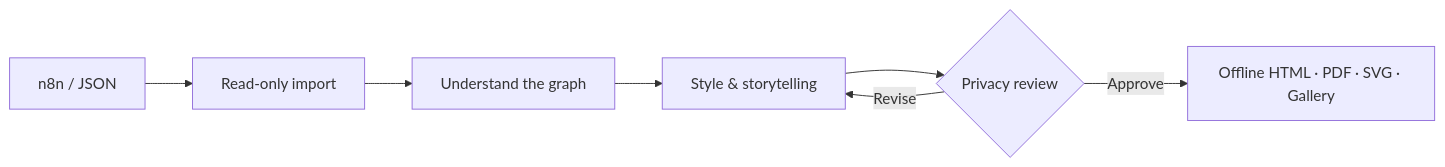
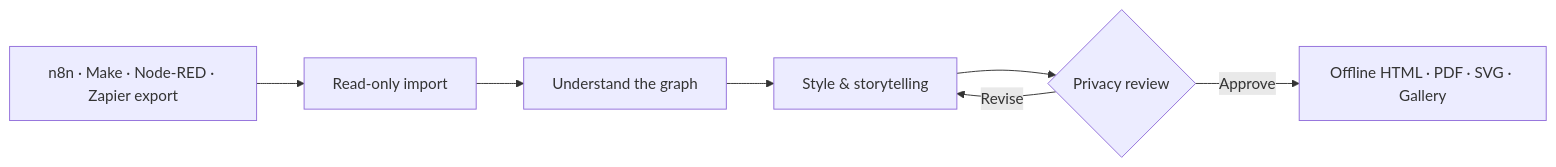
The diagram in docs/README.en.md (rootkid-code/showcase-studio-releases), drawn with Mermaid before and after one commit. The commit also changed other lines of this file and 1 other file, not shown here.

````diff
--- a/docs/README.en.md
+++ b/docs/README.en.md
@@ -35,9 +35,9 @@
 ```mermaid
 flowchart LR
-    A["n8n / JSON"] --> B["Read-only import"]
+    A["n8n · Make · Node-RED · Zapier export"] --> B["Read-only import"]
     B --> C["Understand the graph"]
     C --> D["Style & storytelling"]
     D --> E{"Privacy review"}
     E -->|"Revise"| D
     E -->|"Approve"| F["Offline HTML · PDF · SVG · Gallery"]
 ```
````
